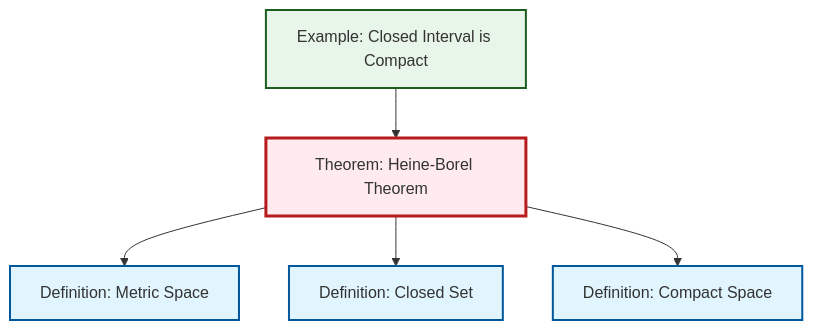
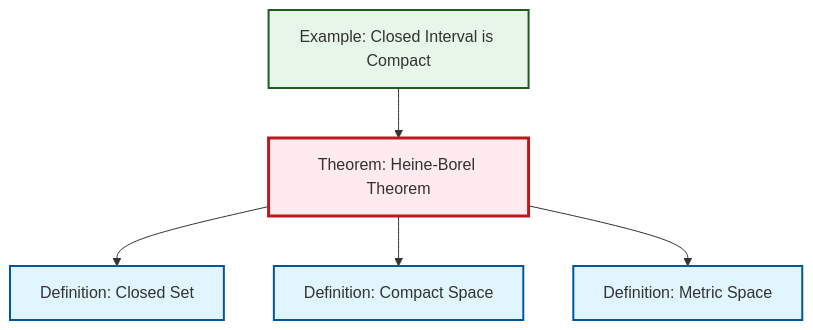
The diagram in content/ja/topology/thm-heine-borel.qmd (RK0429/ModernMath), drawn with Mermaid before and after one commit. The commit also changed other lines of this file and 497 other files, not shown here.

````diff
--- a/content/ja/topology/thm-heine-borel.qmd
+++ b/content/ja/topology/thm-heine-borel.qmd
@@ -49,23 +49,23 @@
 ```{mermaid}
 %%| fig-cap: "Local dependency graph"
 graph TD
     classDef definition fill:#e1f5fe,stroke:#01579b,stroke-width:2px
     classDef theorem fill:#f3e5f5,stroke:#4a148c,stroke-width:2px
     classDef axiom fill:#fff3e0,stroke:#e65100,stroke-width:2px
     classDef example fill:#e8f5e9,stroke:#1b5e20,stroke-width:2px
     classDef current fill:#ffebee,stroke:#b71c1c,stroke-width:3px
+    def-compact["Definition: Compact Space"]:::definition
+    ex-closed-interval-compact["Example: Closed Interval is Compact"]:::example
+    def-closed-set["Definition: Closed Set"]:::definition
     def-metric-space["Definition: Metric Space"]:::definition
     thm-heine-borel["Theorem: Heine-Borel Theorem"]:::theorem
-    def-closed-set["Definition: Closed Set"]:::definition
-    def-compact["Definition: Compact Space"]:::definition
-    ex-closed-interval-compact["Example: Closed Interval is Compact"]:::example
+    thm-heine-borel --> def-closed-set
+    ex-closed-interval-compact --> thm-heine-borel
+    thm-heine-borel --> def-compact
     thm-heine-borel --> def-metric-space
-    ex-closed-interval-compact --> thm-heine-borel
-    thm-heine-borel --> def-closed-set
-    thm-heine-borel --> def-compact
     class thm-heine-borel current
-    click def-metric-space "def-metric-space.html" "Definition: Metric Spaceへ"
-    click def-closed-set "def-closed-set.html" "Definition: Closed Setへ"
     click def-compact "def-compact.html" "Definition: Compact Spaceへ"
     click ex-closed-interval-compact "ex-closed-interval-compact.html" "Example: Closed Interval is Compactへ"
+    click def-closed-set "def-closed-set.html" "Definition: Closed Setへ"
+    click def-metric-space "def-metric-space.html" "Definition: Metric Spaceへ"
 ```
````
